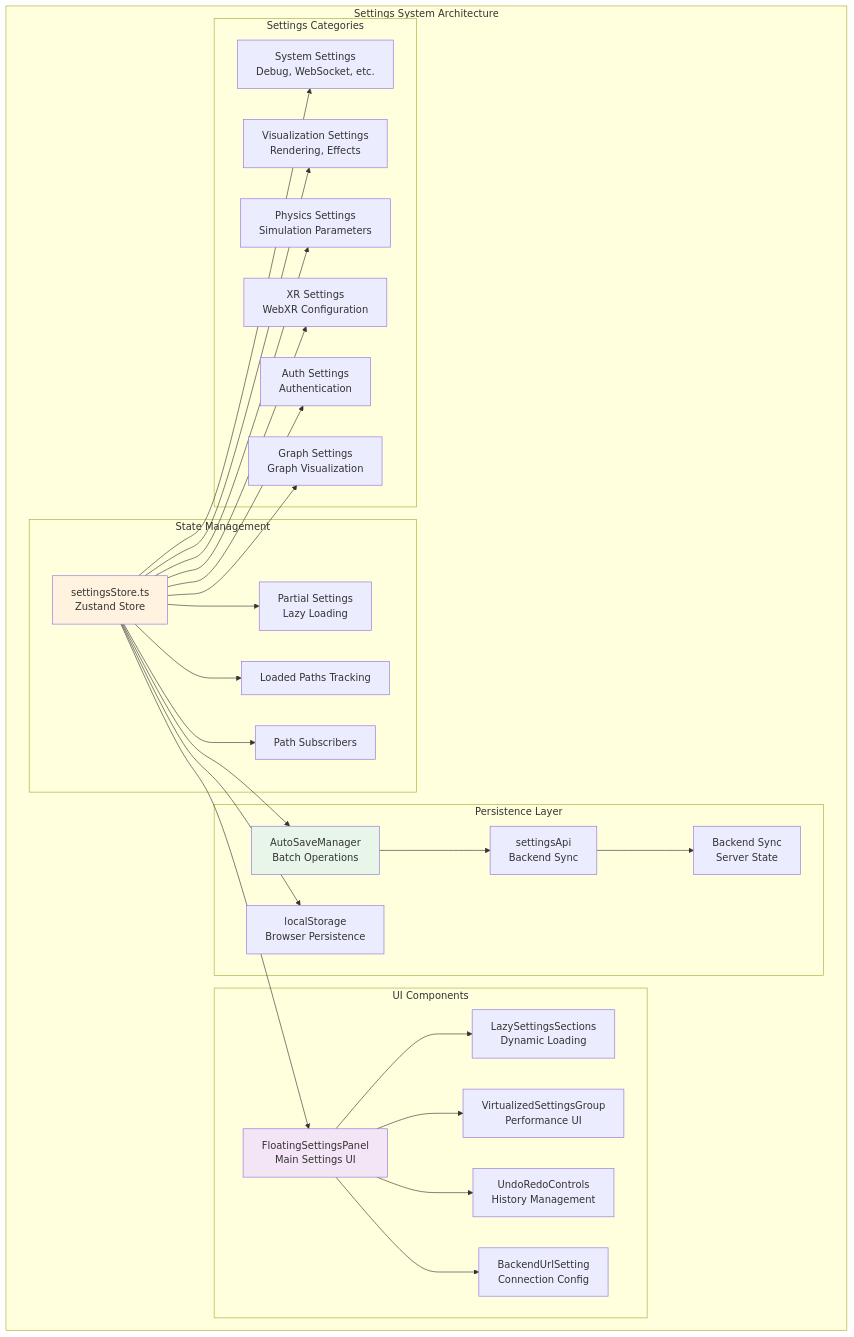
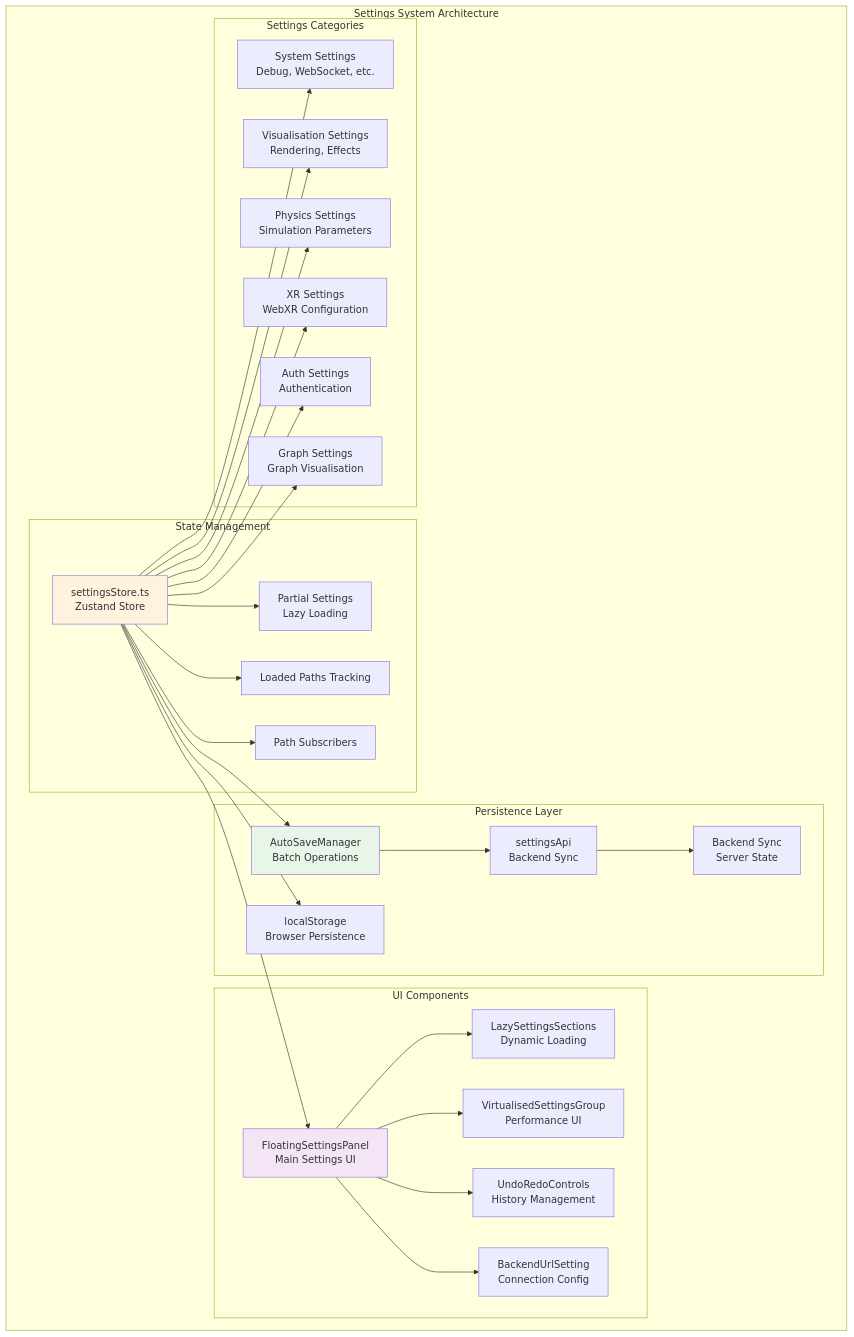
Before and after one commit to DreamLab-AI/VisionFlow: the sixth of 14 diagrams in docs/client-architecture-current.md, drawn with Mermaid. The commit also changed other lines of this file, not shown here.

Commit message:
fully update client diagrams

````diff
--- a/docs/client-architecture-current.md
+++ b/docs/client-architecture-current.md
@@ -485,61 +488,61 @@
 ```mermaid
 graph TB
     subgraph "Settings System Architecture"
         subgraph "State Management"
             SettingsStore["settingsStore.ts<br/>Zustand Store"]
             PartialSettings["Partial Settings<br/>Lazy Loading"]
             LoadedPaths["Loaded Paths Tracking"]
             Subscribers["Path Subscribers"]
         end
 
         subgraph "Persistence Layer"
             AutoSaveManager["AutoSaveManager<br/>Batch Operations"]
             SettingsApi["settingsApi<br/>Backend Sync"]
             LocalStorage["localStorage<br/>Browser Persistence"]
             BackendSync["Backend Sync<br/>Server State"]
         end
 
         subgraph "UI Components"
             FloatingSettingsPanel["FloatingSettingsPanel<br/>Main Settings UI"]
             LazySettingsSections["LazySettingsSections<br/>Dynamic Loading"]
-            VirtualizedSettingsGroup["VirtualizedSettingsGroup<br/>Performance UI"]
+            VirtualisedSettingsGroup["VirtualisedSettingsGroup<br/>Performance UI"]
             UndoRedoControls["UndoRedoControls<br/>History Management"]
             BackendUrlSetting["BackendUrlSetting<br/>Connection Config"]
         end
 
         subgraph "Settings Categories"
             SystemSettings["System Settings<br/>Debug, WebSocket, etc."]
-            VisualizationSettings["Visualization Settings<br/>Rendering, Effects"]
+            VisualisationSettings["Visualisation Settings<br/>Rendering, Effects"]
             PhysicsSettings["Physics Settings<br/>Simulation Parameters"]
             XRSettings["XR Settings<br/>WebXR Configuration"]
             AuthSettings["Auth Settings<br/>Authentication"]
-            GraphSettings["Graph Settings<br/>Graph Visualization"]
+            GraphSettings["Graph Settings<br/>Graph Visualisation"]
         end
 
         SettingsStore --> PartialSettings
         SettingsStore --> LoadedPaths
         SettingsStore --> Subscribers
 
         SettingsStore --> AutoSaveManager
         AutoSaveManager --> SettingsApi
         SettingsStore --> LocalStorage
         SettingsApi --> BackendSync
 
         SettingsStore --> FloatingSettingsPanel
         FloatingSettingsPanel --> LazySettingsSections
-        FloatingSettingsPanel --> VirtualizedSettingsGroup
+        FloatingSettingsPanel --> VirtualisedSettingsGroup
         FloatingSettingsPanel --> UndoRedoControls
         FloatingSettingsPanel --> BackendUrlSetting
 
         SettingsStore --> SystemSettings
-        SettingsStore --> VisualizationSettings
+        SettingsStore --> VisualisationSettings
         SettingsStore --> PhysicsSettings
         SettingsStore --> XRSettings
         SettingsStore --> AuthSettings
         SettingsStore --> GraphSettings
 
         style SettingsStore fill:#fff3e0
         style AutoSaveManager fill:#e8f5e9
         style FloatingSettingsPanel fill:#f3e5f5
     end
 ```
````
